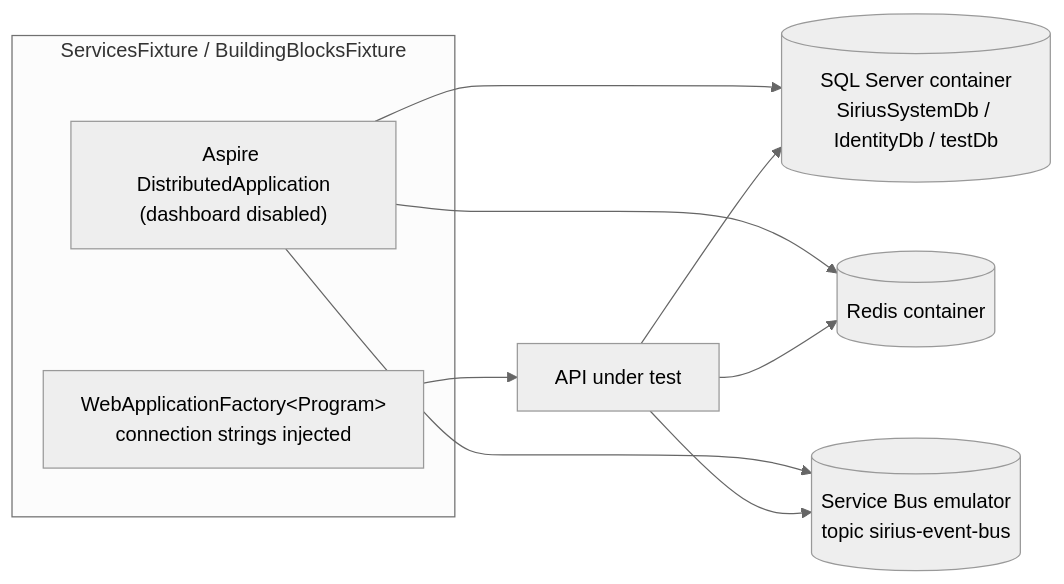
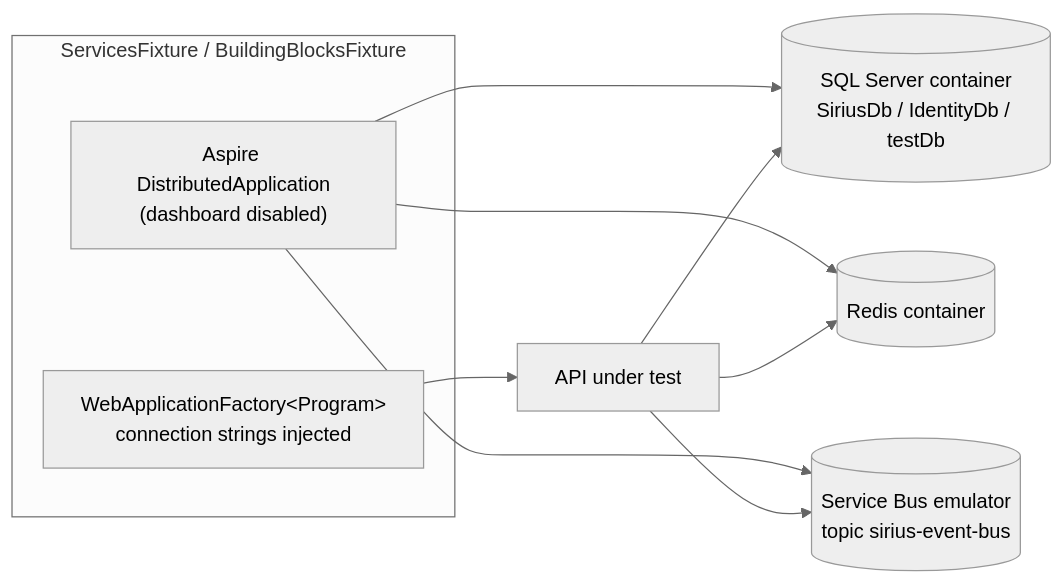
The second of 2 diagrams in docs/developer-guide/04-testing.md (miquelalcaraz/Labs.ServicePlatform), drawn with Mermaid (neutral theme) before and after one commit. The commit also changed other lines of this file and 12 other files, not shown here.

````diff
--- a/docs/developer-guide/04-testing.md
+++ b/docs/developer-guide/04-testing.md
@@ -112,12 +112,12 @@
 ```mermaid
 flowchart LR
     subgraph FX["ServicesFixture / BuildingBlocksFixture"]
         ASP["Aspire DistributedApplication<br/>(dashboard disabled)"]
         WAF["WebApplicationFactory#lt;Program#gt;<br/>connection strings injected"]
     end
-    ASP --> SQL[("SQL Server container<br/>SiriusSystemDb / IdentityDb / testDb")]
+    ASP --> SQL[("SQL Server container<br/>SiriusDb / IdentityDb / testDb")]
     ASP --> RED[("Redis container")]
     ASP --> SB[("Service Bus emulator<br/>topic sirius-event-bus")]
     WAF --> HOST["API under test"]
     HOST --> SQL & RED & SB
 ```
````
